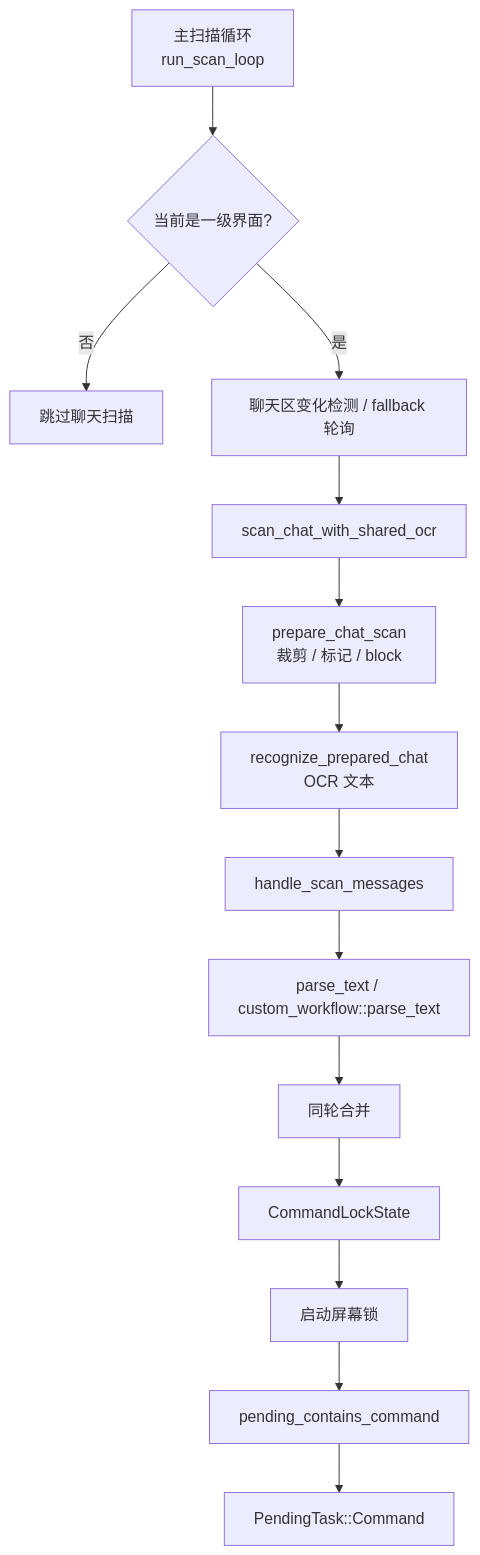
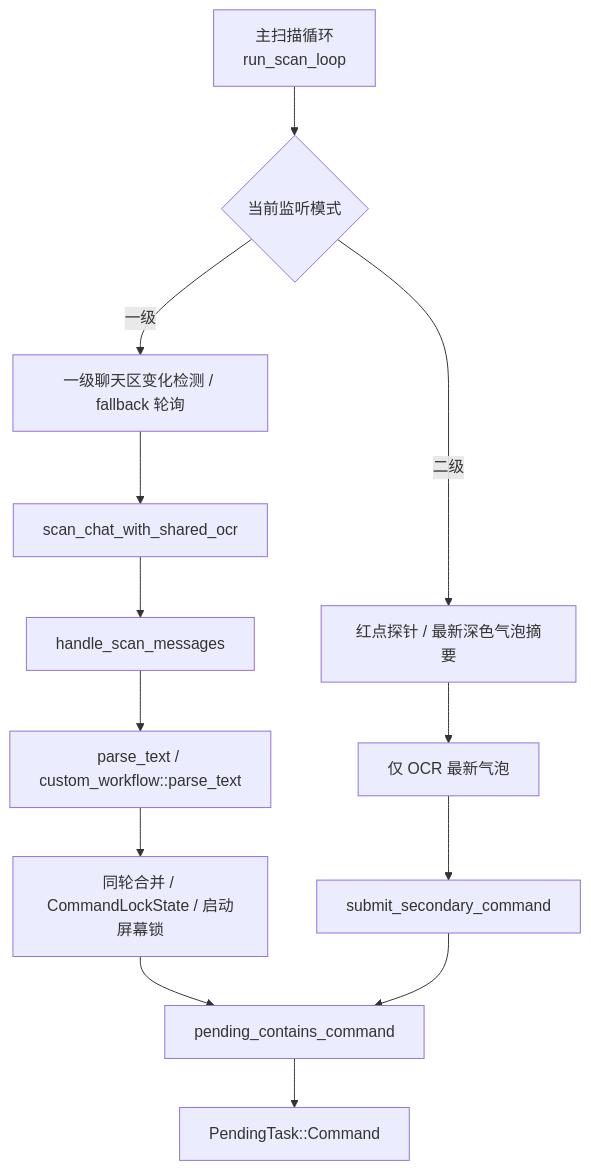
The diagram in docs/chat-command-ingestion.md (XingNian-www/Miliastra-Wonderland-Music), drawn with Mermaid before and after one commit. The commit also changed other lines of this file and 16 other files, not shown here.

````diff
--- a/docs/chat-command-ingestion.md
+++ b/docs/chat-command-ingestion.md
@@ -18,16 +18,15 @@
 ```mermaid
 flowchart TD
-    A["主扫描循环<br/>run_scan_loop"] --> B{"当前是一级界面?"}
-    B -->|否| C["跳过聊天扫描"]
-    B -->|是| D["聊天区变化检测 / fallback 轮询"]
-    D --> E["scan_chat_with_shared_ocr"]
-    E --> F["prepare_chat_scan<br/>裁剪 / 标记 / block"]
-    F --> G["recognize_prepared_chat<br/>OCR 文本"]
-    G --> H["handle_scan_messages"]
-    H --> I["parse_text / custom_workflow::parse_text"]
-    I --> J["同轮合并"]
-    J --> K["CommandLockState"]
-    K --> L["启动屏幕锁"]
-    L --> M["pending_contains_command"]
-    M --> N["PendingTask::Command"]
+    A["主扫描循环<br/>run_scan_loop"] --> B{"当前监听模式"}
+    B -->|一级| C["一级聊天区变化检测 / fallback 轮询"]
+    B -->|二级| D["红点探针 / 最新深色气泡摘要"]
+    C --> E["scan_chat_with_shared_ocr"]
+    D --> F["仅 OCR 最新气泡"]
+    E --> G["handle_scan_messages"]
+    F --> H["submit_secondary_command"]
+    G --> I["parse_text / custom_workflow::parse_text"]
+    I --> J["同轮合并 / CommandLockState / 启动屏幕锁"]
+    J --> K["pending_contains_command"]
+    H --> K
+    K --> L["PendingTask::Command"]
 ```
````
